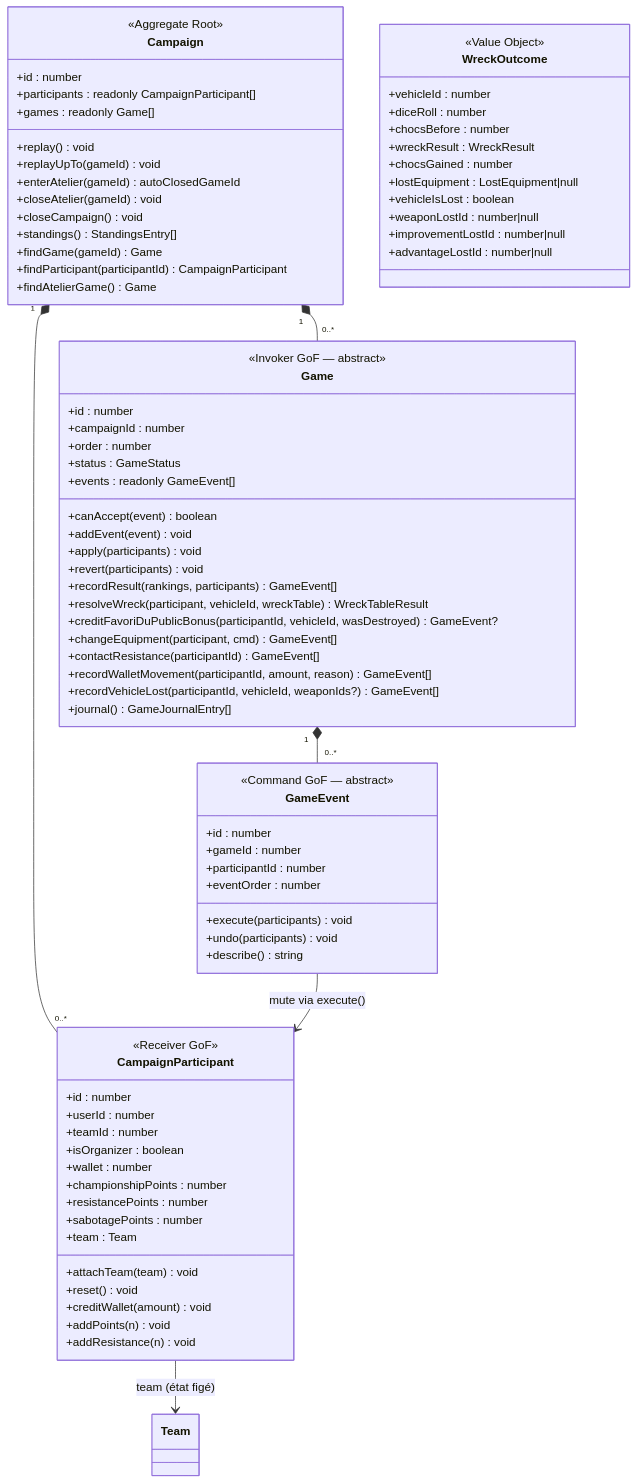
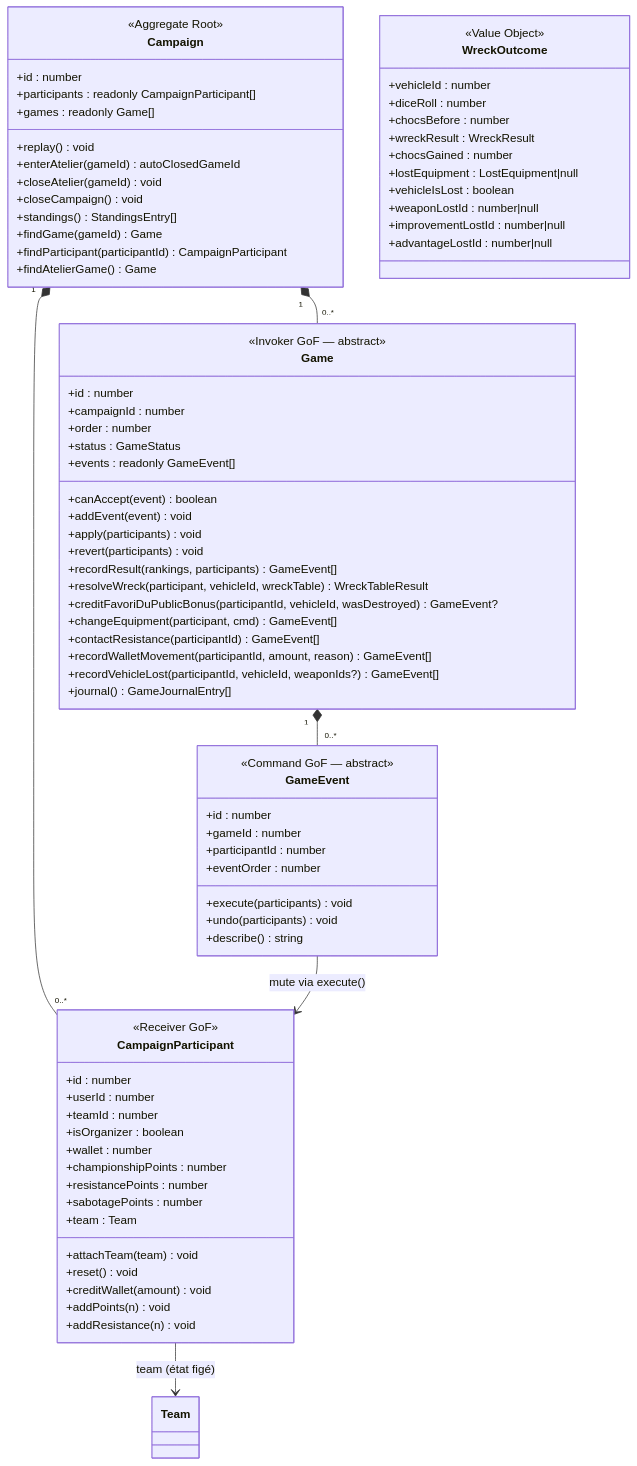
One commit to arnaudbracchetti/gaslands-manager changed the fourth of 4 diagrams in docs/DOMAIN_MODEL.md. Above: the diagram before and after it, drawn with Mermaid. The commit also changed 25 other files, not shown here.

```diff
--- a/docs/DOMAIN_MODEL.md
+++ b/docs/DOMAIN_MODEL.md
@@ -647,7 +647,6 @@
         +participants : readonly CampaignParticipant[]
         +games : readonly Game[]
         +replay() void
-        +replayUpTo(gameId) void
         +enterAtelier(gameId) autoClosedGameId
         +closeAtelier(gameId) void
         +closeCampaign() void
```
